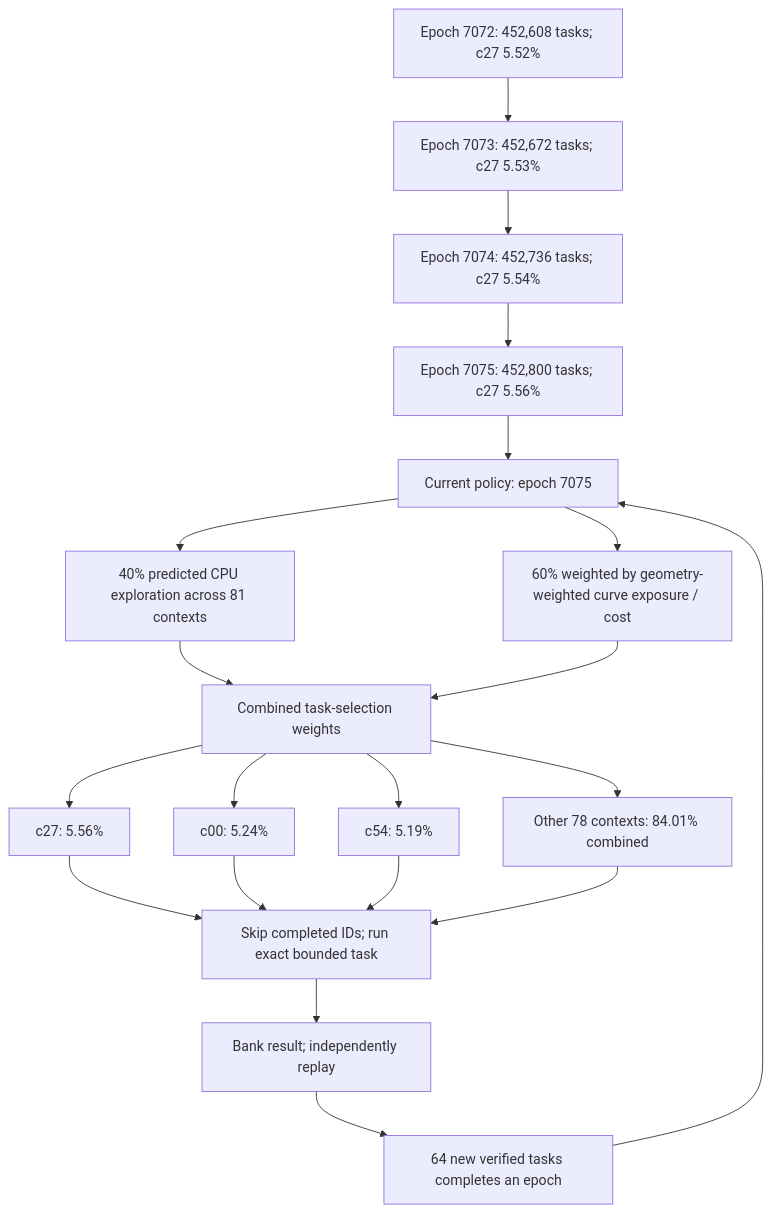
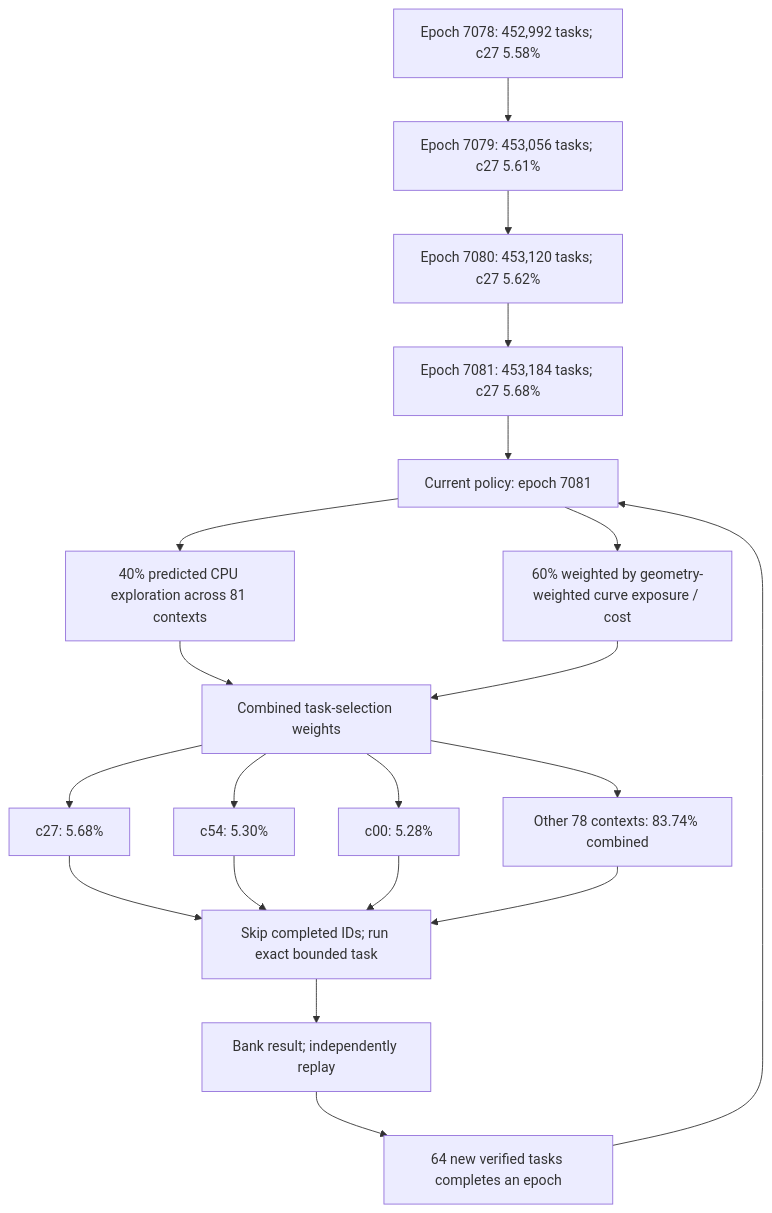
The first of 4 diagrams in README.md (Kuberwastaken/math-gambling), drawn with Mermaid before and after one commit. The commit also changed other lines of this file and 1021 other files, not shown here.

````diff
--- a/README.md
+++ b/README.md
@@ -60,27 +60,27 @@
 ```mermaid
 flowchart TD
-    H0["Epoch 7072: 452,608 tasks; c27 5.52%"]
-    H1["Epoch 7073: 452,672 tasks; c27 5.53%"]
+    H0["Epoch 7078: 452,992 tasks; c27 5.58%"]
+    H1["Epoch 7079: 453,056 tasks; c27 5.61%"]
     H0 --> H1
-    H2["Epoch 7074: 452,736 tasks; c27 5.54%"]
+    H2["Epoch 7080: 453,120 tasks; c27 5.62%"]
     H1 --> H2
-    H3["Epoch 7075: 452,800 tasks; c27 5.56%"]
+    H3["Epoch 7081: 453,184 tasks; c27 5.68%"]
     H2 --> H3
-    Policy["Current policy: epoch 7075"]
+    Policy["Current policy: epoch 7081"]
     H3 --> Policy
     Policy --> Explore["40% predicted CPU exploration across 81 contexts"]
     Policy --> Cost["60% weighted by geometry-weighted curve exposure / cost"]
     Explore --> Mix["Combined task-selection weights"]
     Cost --> Mix
-    Mix --> C0["c27: 5.56%"]
-    Mix --> C1["c00: 5.24%"]
-    Mix --> C2["c54: 5.19%"]
-    Mix --> Rest["Other 78 contexts: 84.01% combined"]
+    Mix --> C0["c27: 5.68%"]
+    Mix --> C1["c54: 5.30%"]
+    Mix --> C2["c00: 5.28%"]
+    Mix --> Rest["Other 78 contexts: 83.74% combined"]
     C0 --> Check["Skip completed IDs; run exact bounded task"]
     C1 --> Check
     C2 --> Check
     Rest --> Check
     Check --> Replay["Bank result; independently replay"]
     Replay --> Gate["64 new verified tasks completes an epoch"]
     Gate --> Policy
 ```
````
